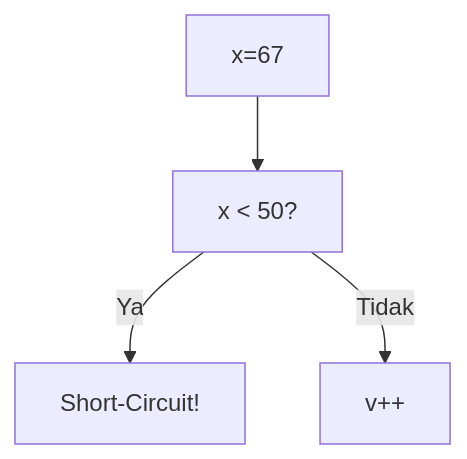
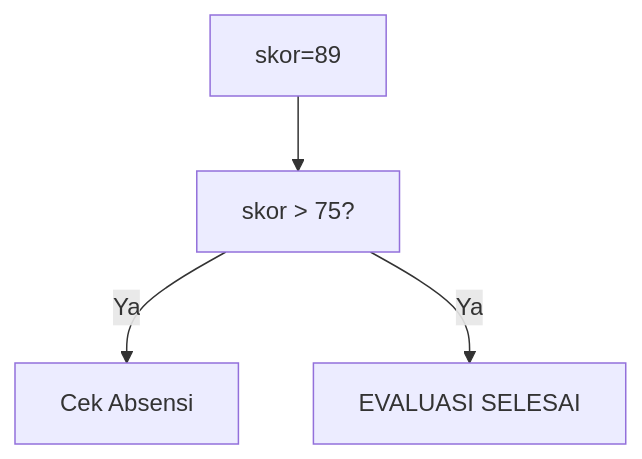
Diagram 11 of 25 in part-c-pemahaman-cpp/02-percabangan/latihan/set-10.md (amnahwaida/OSNK_INF_PREP), drawn with Mermaid before and after one commit. The commit also changed other lines of this file and 71 other files, not shown here.

````diff
--- a/part-c-pemahaman-cpp/02-percabangan/latihan/set-10.md
+++ b/part-c-pemahaman-cpp/02-percabangan/latihan/set-10.md
@@ -304,6 +319,6 @@
 ```mermaid
 graph TD
-A["x=67"] --> B["x < 50?"]
-B -- Ya --> C["Short-Circuit!"]
-B -- Tidak --> D["v++"]
+A["skor=89"] --> B["skor > 75?"]
+B -- Ya --> C["Cek Absensi"]
+B -- Ya --> D["EVALUASI SELESAI"]
 ```
````
